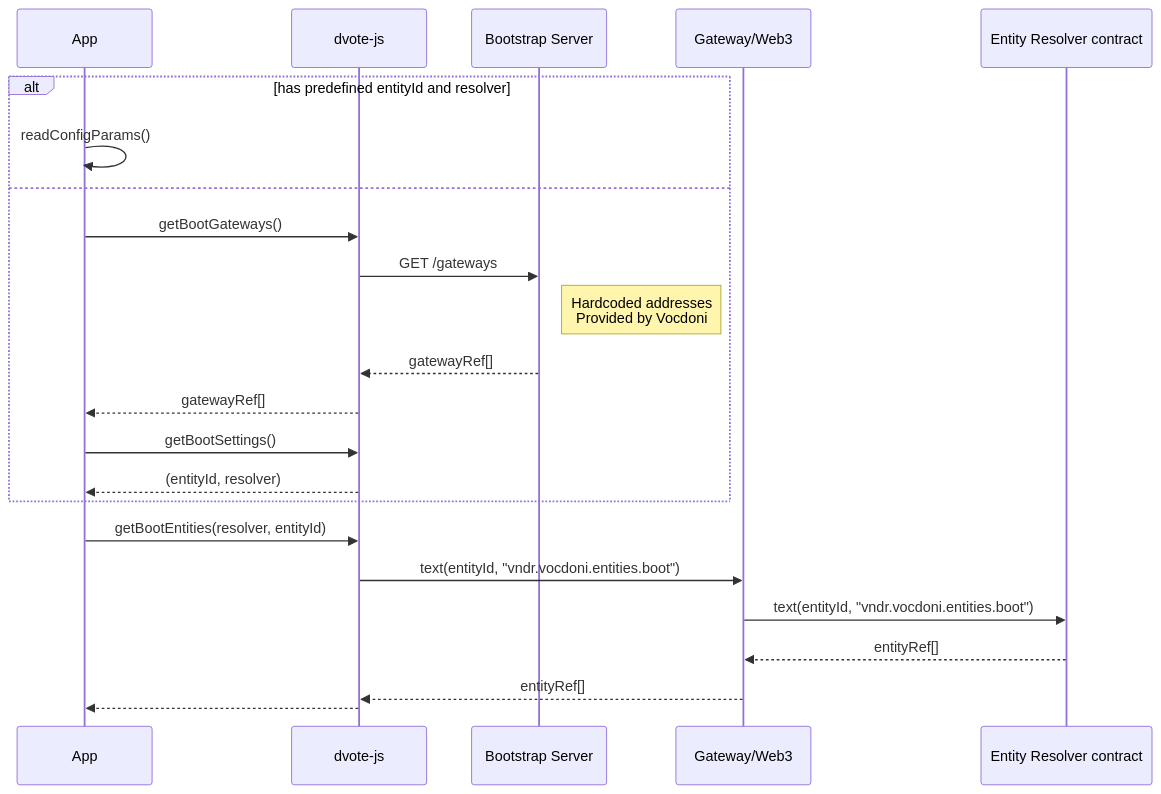
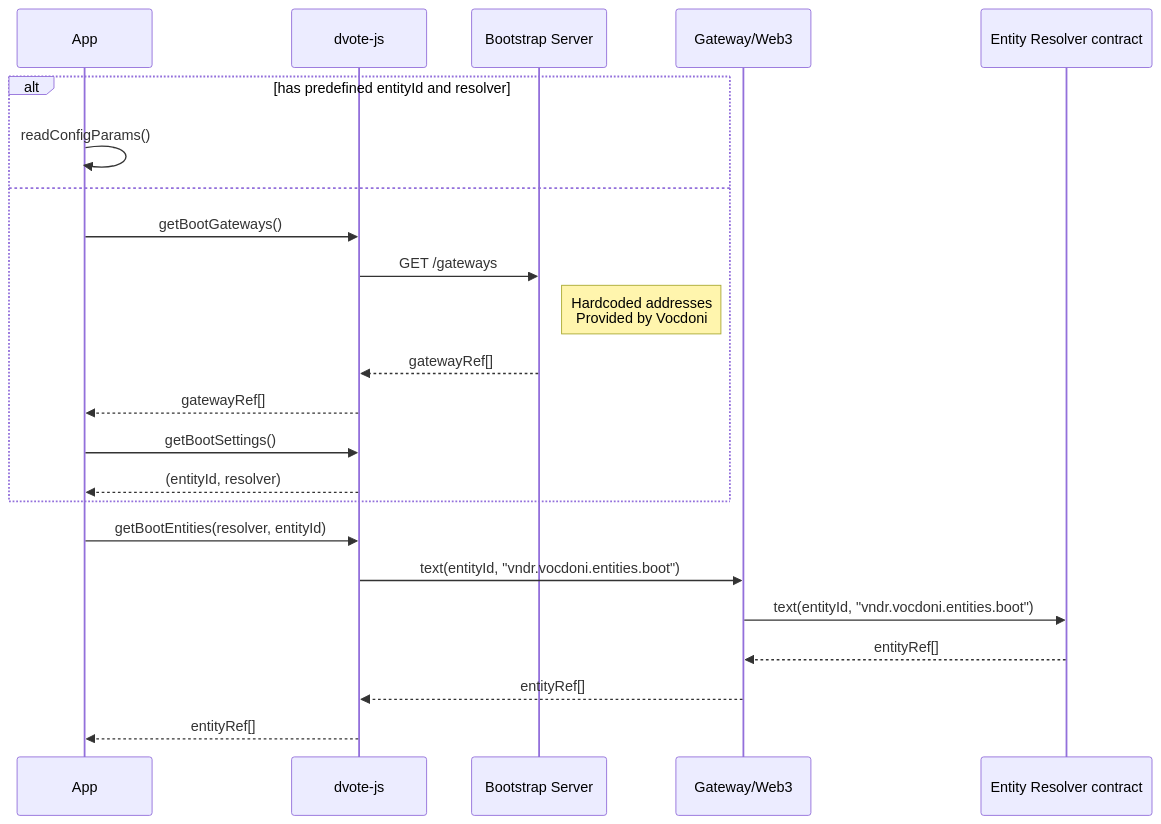
One commit to vocdoni/docs changed the second of 14 diagrams in docs/architecture/sequence-diagrams.md. Above: the diagram before and after it, drawn with Mermaid. The commit also changed other lines of this file, not shown here.

Commit message:
Fixing characters that crash VSCode Mermaid plugin

````diff
--- a/docs/architecture/sequence-diagrams.md
+++ b/docs/architecture/sequence-diagrams.md
@@ -92,29 +92,30 @@
 ```mermaid
 
 sequenceDiagram
     participant App
     participant DV as dvote-js
     participant BS as Bootstrap Server
     participant GW as Gateway/Web3
     participant ER as Entity Resolver contract
 
     alt has predefined entityId and resolver
         App->>App: readConfigParams()
-    else 
+    else
         App->>DV: getBootGateways()
         DV->>BS: GET /gateways
         note right of BS: Hardcoded addresses<br/>Provided by Vocdoni
         BS-->>DV: gatewayRef[]
         DV-->>App: gatewayRef[]
 
         App->>DV: getBootSettings()
         DV-->>App: (entityId, resolver)
     end
+
     App->>DV: getBootEntities(resolver, entityId)
         DV->>GW: text(entityId, "vndr.vocdoni.entities.boot")
             GW->>ER: text(entityId, "vndr.vocdoni.entities.boot")
             ER-->>GW: entityRef[]
         GW-->>DV: entityRef[]
-    DV-->>App: 
+    DV-->>App:  entityRef[]
 
 ```
````
